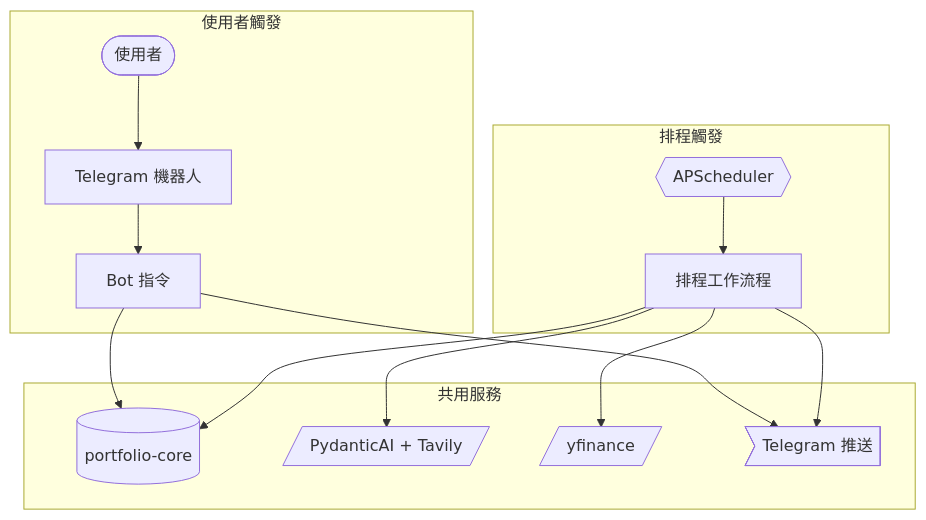
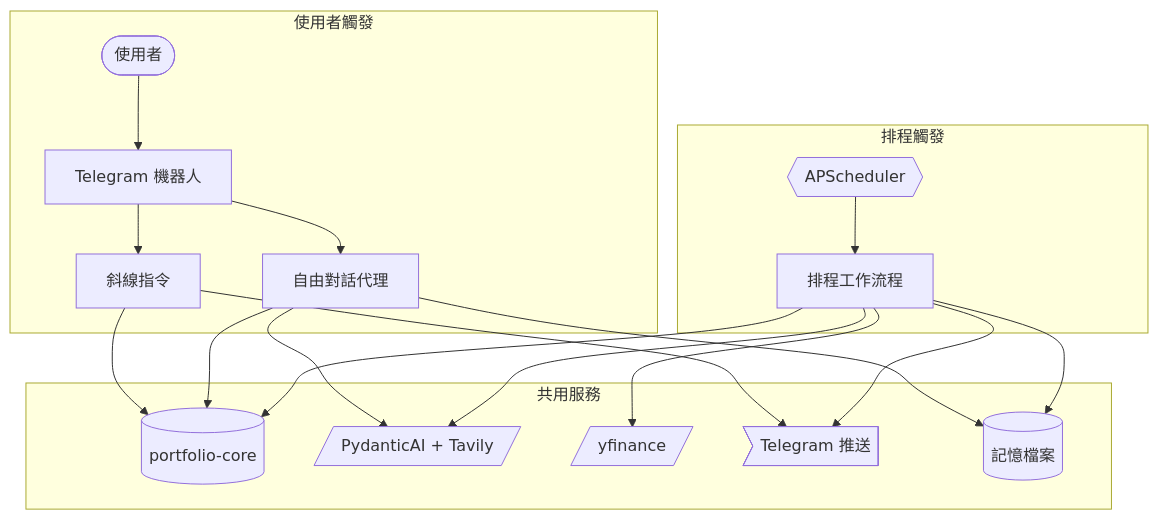
Before and after one commit to PuChenTW/portfolio-report: the diagram in README.zh-TW.md, drawn with Mermaid. The commit also changed other lines of this file and 2 other files, not shown here.

````diff
--- a/README.zh-TW.md
+++ b/README.zh-TW.md
@@ -18,25 +19,31 @@
 ```mermaid
 flowchart TD
   subgraph 使用者觸發
     U([使用者]) --> B[Telegram 機器人]
-    B --> H[Bot 指令]
+    B --> H[斜線指令]
+    B --> FC[自由對話代理]
   end
 
   subgraph 排程觸發
     S{{APScheduler}} --> W[排程工作流程]
   end
 
   subgraph 共用服務
     PC[(portfolio-core)]
     AI[/PydanticAI + Tavily/]
     YF[/yfinance/]
     TG>Telegram 推送]
+    M[(記憶檔案)]
   end
 
   H --> PC
   H --> TG
+  FC --> PC
+  FC --> AI
+  FC --> M
   W --> PC
   W --> AI
   W --> YF
   W --> TG
+  W --> M
 ```
````
